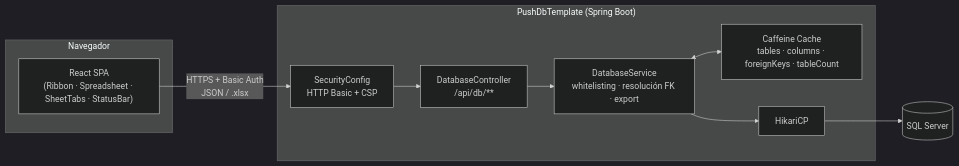
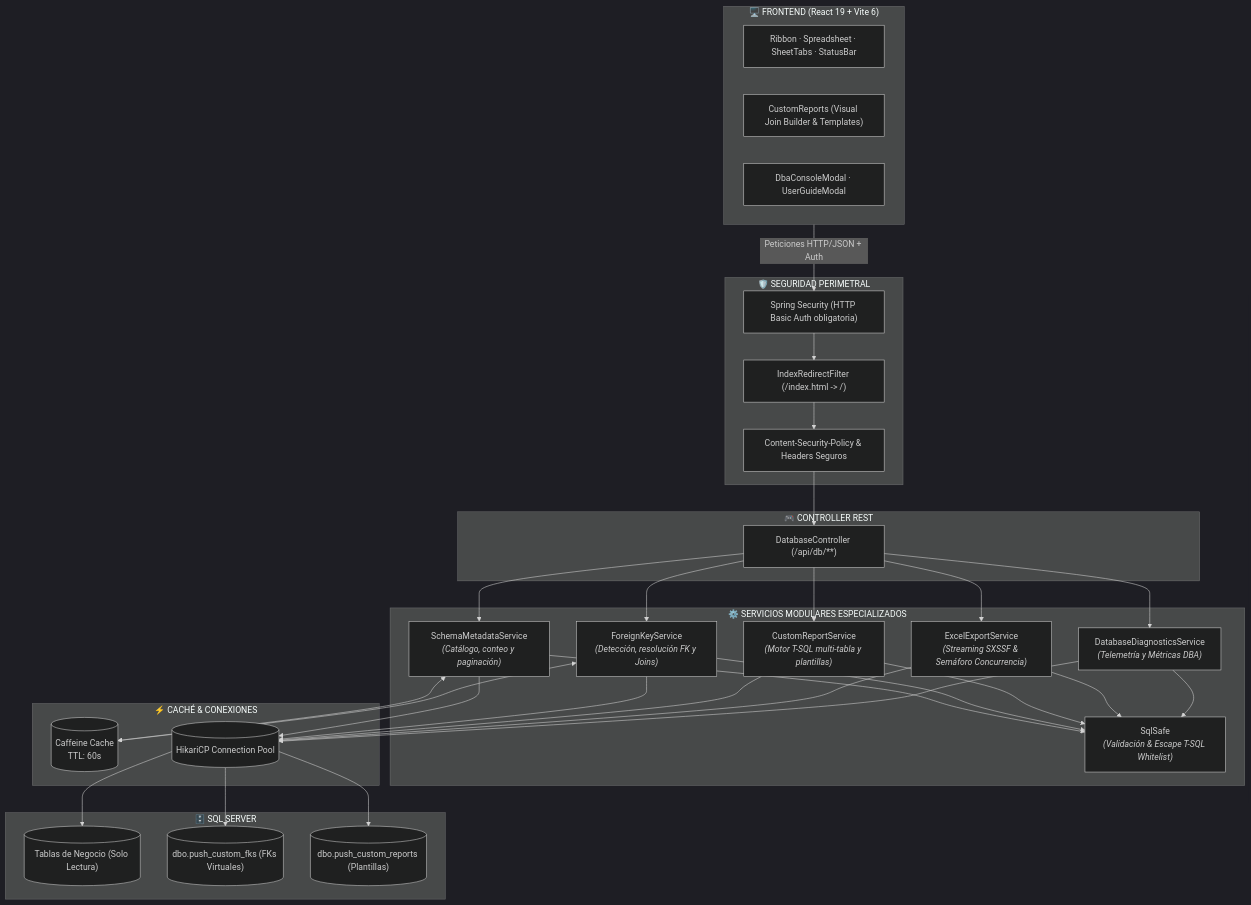
Before and after one commit to maximiliano-andres/SQL-WordBook: the diagram in README.md, drawn with Mermaid (dark theme). The commit also changed other lines of this file, not shown here.

Commit message:
docs: update README documentation for PushDbTemplate usage instructions

````diff
--- a/README.md
+++ b/README.md
@@ -118,20 +162,50 @@
 ```mermaid
-flowchart LR
-    subgraph Cliente["Navegador"]
-        UI["React SPA<br/>(Ribbon · Spreadsheet · SheetTabs · StatusBar)"]
+flowchart TD
+    subgraph Frontend["🖥️ FRONTEND (React 19 + Vite 6)"]
+        UI["Ribbon · Spreadsheet · SheetTabs · StatusBar"]
+        CR["CustomReports (Visual Join Builder & Templates)"]
+        MODALS["DbaConsoleModal · UserGuideModal"]
     end
 
-    subgraph Servidor["PushDbTemplate (Spring Boot)"]
-        SEC["SecurityConfig<br/>HTTP Basic + CSP"]
-        CTRL["DatabaseController<br/>/api/db/**"]
-        SVC["DatabaseService<br/>whitelisting · resolución FK · export"]
-        CACHE["Caffeine Cache<br/>tables · columns · foreignKeys · tableCount"]
-        POOL["HikariCP"]
+    subgraph Security["🛡️ SEGURIDAD PERIMETRAL"]
+        SEC["Spring Security (HTTP Basic Auth obligatoria)"]
+        CSP["Content-Security-Policy & Headers Seguros"]
+        REDIRECT["IndexRedirectFilter (/index.html -> /)"]
     end
 
-    DB[("SQL Server")]
+    subgraph ControllerLayer["🎮 CONTROLLER REST"]
+        CTRL["DatabaseController (/api/db/**)"]
+    end
 
-    UI -->|"HTTPS + Basic Auth<br/>JSON / .xlsx"| SEC --> CTRL --> SVC
-    SVC <--> CACHE
-    SVC --> POOL --> DB
+    subgraph ServiceLayer["⚙️ SERVICIOS MODULARES ESPECIALIZADOS"]
+        SMS["SchemaMetadataService<br/><i>(Catálogo, conteo y paginación)</i>"]
+        FKS["ForeignKeyService<br/><i>(Detección, resolución FK y Joins)</i>"]
+        CRS["CustomReportService<br/><i>(Motor T-SQL multi-tabla y plantillas)</i>"]
+        EES["ExcelExportService<br/><i>(Streaming SXSSF & Semáforo Concurrencia)</i>"]
+        DDS["DatabaseDiagnosticsService<br/><i>(Telemetría y Métricas DBA)</i>"]
+        SAFE["SqlSafe<br/><i>(Validación & Escape T-SQL Whitelist)</i>"]
+    end
+
+    subgraph CacheAndPool["⚡ CACHÉ & CONEXIONES"]
+        CAFFEINE[("Caffeine Cache<br/>TTL: 60s")]
+        HIKARI[("HikariCP Connection Pool")]
+    end
+
+    subgraph Database["🗄️ SQL SERVER"]
+        SYS_TABLES[("Tablas de Negocio (Solo Lectura)")]
+        CFK_TABLE[("dbo.push_custom_fks (FKs Virtuales)")]
+        CREP_TABLE[("dbo.push_custom_reports (Plantillas)")]
+    end
+
+    Frontend -->|"Peticiones HTTP/JSON + Auth"| SEC
+    SEC --> REDIRECT --> CSP --> CTRL
+    
+    CTRL --> SMS & FKS & CRS & EES & DDS
+    SMS & FKS & CRS & EES & DDS --> SAFE
+    SMS & FKS <--> CAFFEINE
+    SMS & FKS & CRS & EES & DDS --> HIKARI
+    
+    HIKARI --> SYS_TABLES
+    HIKARI --> CFK_TABLE
+    HIKARI --> CREP_TABLE
 ```
````
